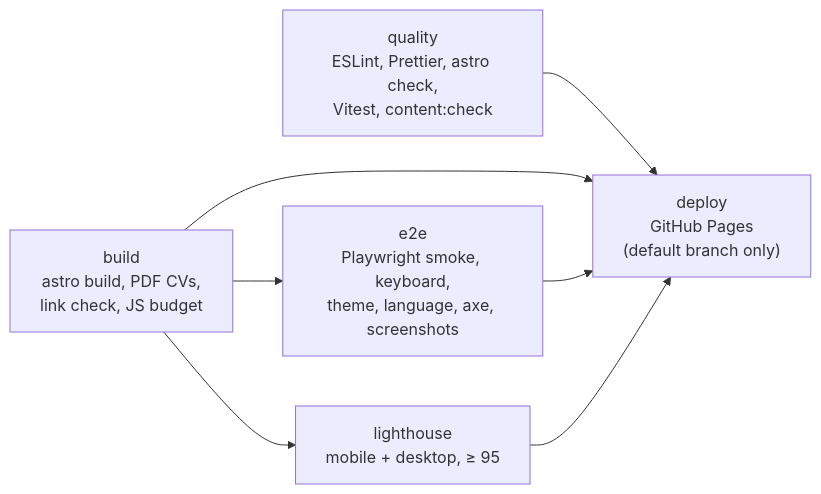
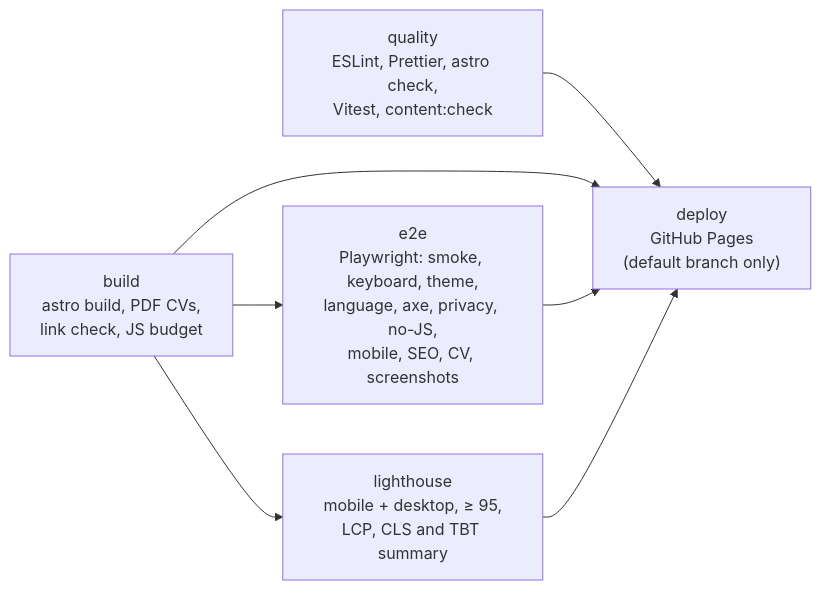
The third of 3 diagrams in ARCHITECTURE.md (Medlkhl/medlkhl2.github.io), drawn with Mermaid before and after one commit. The commit also changed other lines of this file and 2 other files, not shown here.

First line of the commit message:
Document the integrated Phase 1 site in DECISIONS, ARCHITECTURE and README

````diff
--- a/ARCHITECTURE.md
+++ b/ARCHITECTURE.md
@@ -114,14 +139,14 @@
 ```mermaid
 flowchart LR
   Q["quality<br/>ESLint, Prettier, astro check,<br/>Vitest, content:check"]
   B["build<br/>astro build, PDF CVs,<br/>link check, JS budget"]
-  E["e2e<br/>Playwright smoke, keyboard,<br/>theme, language, axe, screenshots"]
-  L["lighthouse<br/>mobile + desktop, ≥ 95"]
+  E["e2e<br/>Playwright: smoke, keyboard, theme,<br/>language, axe, privacy, no-JS,<br/>mobile, SEO, CV, screenshots"]
+  L["lighthouse<br/>mobile + desktop, ≥ 95,<br/>LCP, CLS and TBT summary"]
   D["deploy<br/>GitHub Pages<br/>(default branch only)"]
   B --> E
   B --> L
   Q --> D
   B --> D
   E --> D
   L --> D
 ```
````
